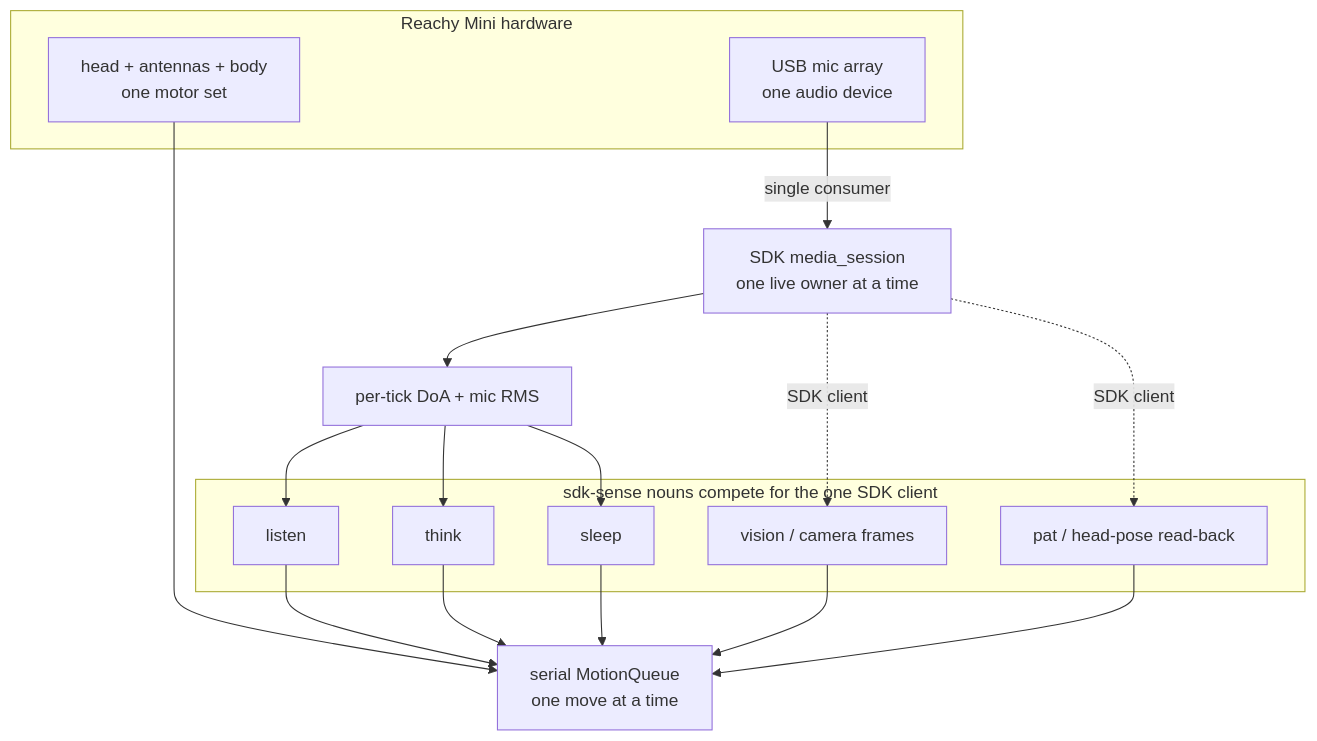
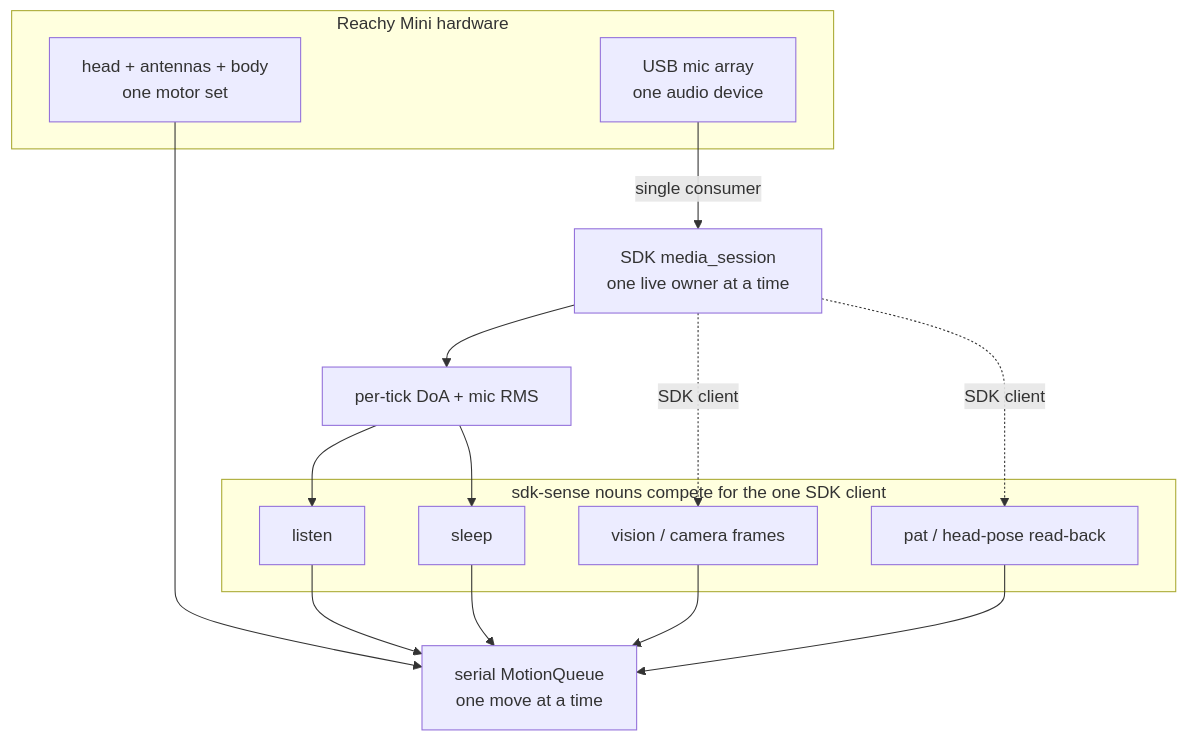
The first of 2 diagrams in docs/operating-reachy.md (agentculture/reachy-mini-cli), drawn with Mermaid before and after one commit. The commit also changed other lines of this file and 31 other files, not shown here.

````diff
--- a/docs/operating-reachy.md
+++ b/docs/operating-reachy.md
@@ -56,31 +57,28 @@
 ```mermaid
 graph TD
     subgraph HW["Reachy Mini hardware"]
         MIC["USB mic array<br/>one audio device"]
         HEAD["head + antennas + body<br/>one motor set"]
     end
 
     MIC -->|single consumer| SESS["SDK media_session<br/>one live owner at a time"]
     SESS --> SENSE["per-tick DoA + mic RMS"]
     HEAD --> QUEUE["serial MotionQueue<br/>one move at a time"]
 
     subgraph NOUNS["sdk-sense nouns compete for the one SDK client"]
         LISTEN["listen"]
-        THINK["think"]
         SLEEP["sleep"]
         VISION["vision / camera frames"]
         PAT["pat / head-pose read-back"]
     end
 
     SENSE --> LISTEN
-    SENSE --> THINK
     SENSE --> SLEEP
     SESS -.->|SDK client| VISION
     SESS -.->|SDK client| PAT
 
     LISTEN --> QUEUE
-    THINK --> QUEUE
     SLEEP --> QUEUE
     VISION --> QUEUE
     PAT --> QUEUE
 ```
````
